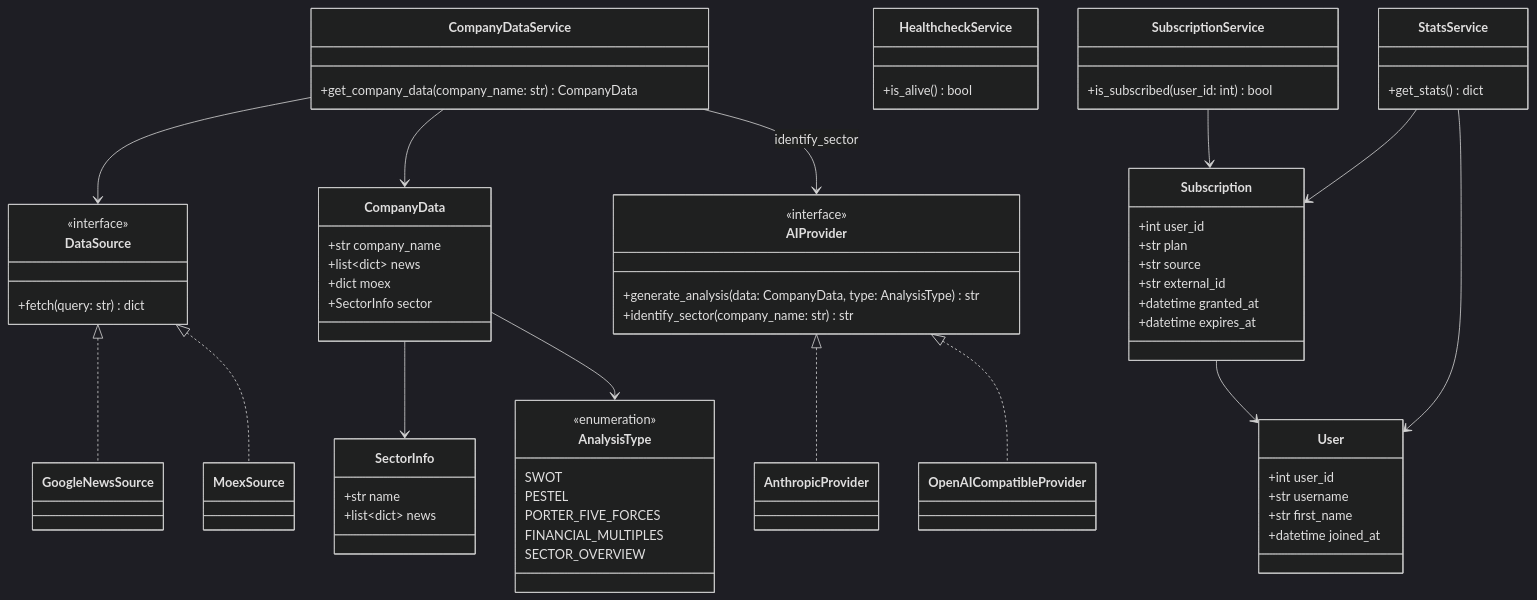
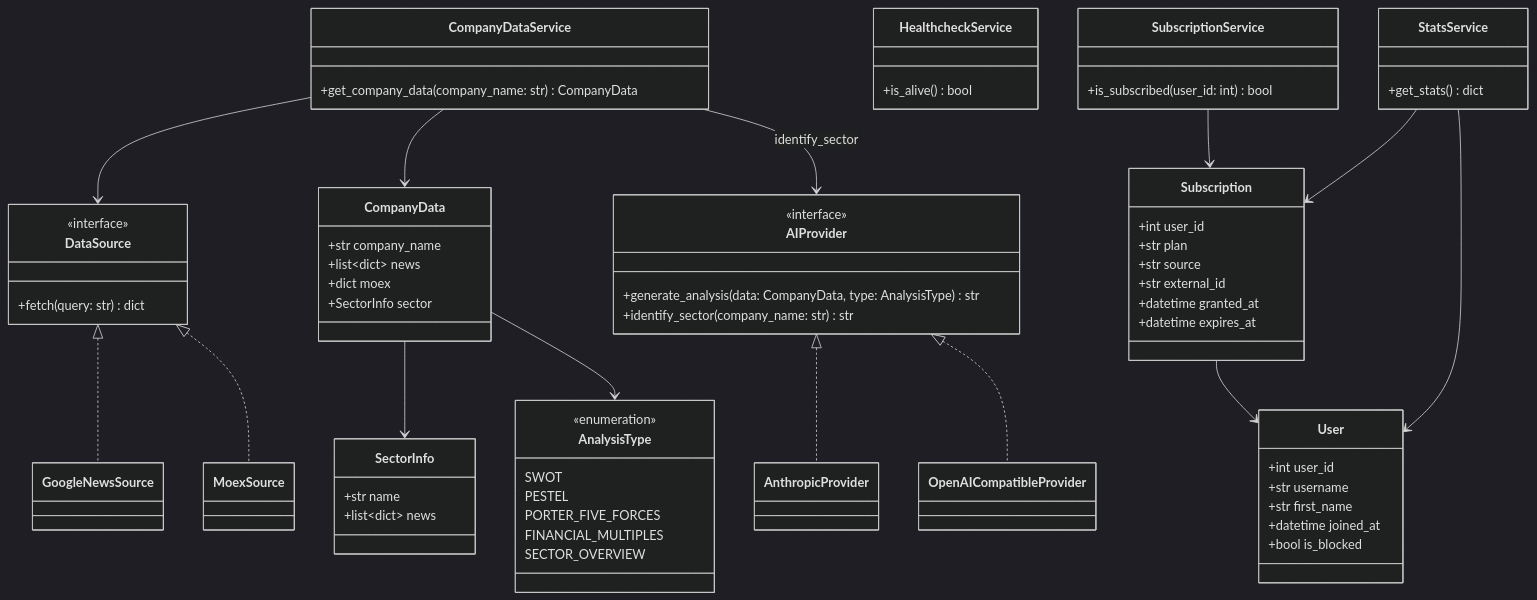
The third of 5 diagrams in README.md (keshtoim/analysis_for_invest_bot), drawn with Mermaid (dark theme) before and after one commit. The commit also changed other lines of this file, not shown here.

```diff
--- a/README.md
+++ b/README.md
@@ -194,6 +206,7 @@
         +str username
         +str first_name
         +datetime joined_at
+        +bool is_blocked
     }
 
     class AnalysisType {
```
